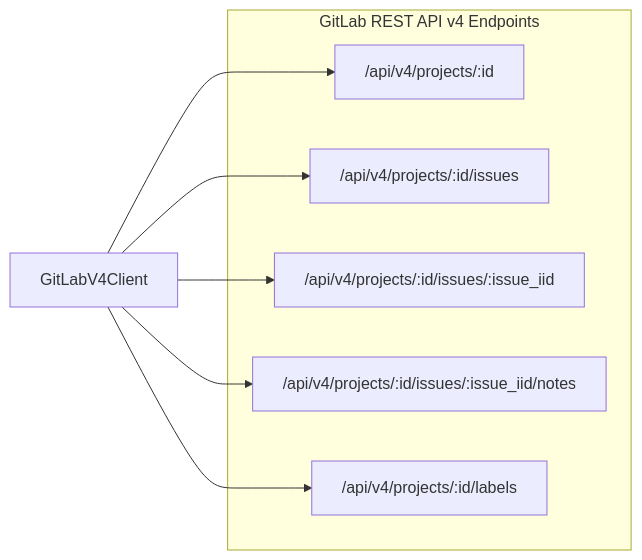
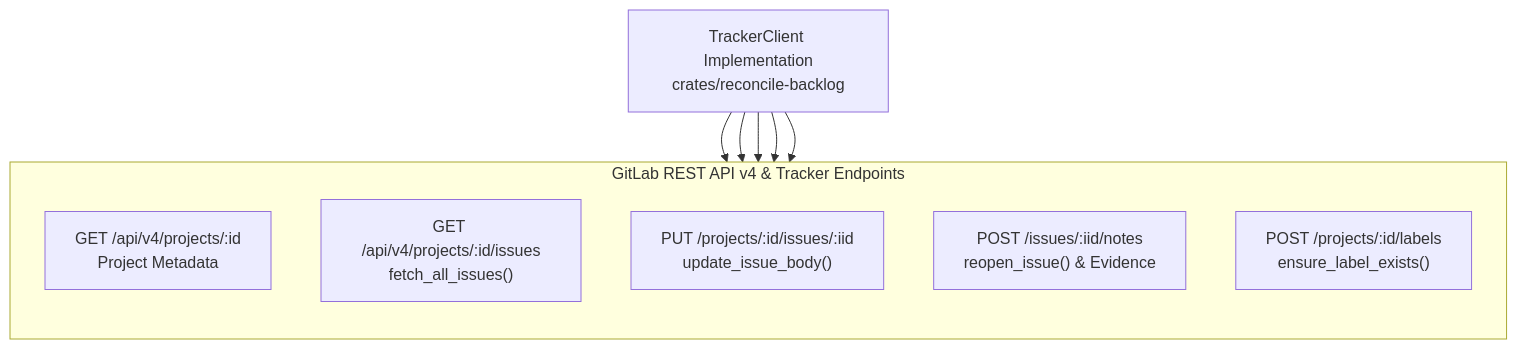
The sixth of 19 diagrams in docs/architecture/blueprints/MULTI_PROVIDER_GITLAB_INFRASTRUCTURE_ARCHITECTURE.md (gintatkinson/DEAP01-spec-core), drawn with Mermaid before and after one commit. The commit also changed other lines of this file and 28 other files, not shown here.

````diff
--- a/docs/architecture/blueprints/MULTI_PROVIDER_GITLAB_INFRASTRUCTURE_ARCHITECTURE.md
+++ b/docs/architecture/blueprints/MULTI_PROVIDER_GITLAB_INFRASTRUCTURE_ARCHITECTURE.md
@@ -535,16 +490,17 @@
 ```mermaid
-graph LR
-    subgraph GitLab_API_v4 ["GitLab REST API v4 Endpoints"]
-        P_Proj["/api/v4/projects/:id"]
-        P_Issues["/api/v4/projects/:id/issues"]
-        P_Issue_IID["/api/v4/projects/:id/issues/:issue_iid"]
-        P_Notes["/api/v4/projects/:id/issues/:issue_iid/notes"]
-        P_Labels["/api/v4/projects/:id/labels"]
+flowchart TD
+    subgraph GitLab_API_v4 ["GitLab REST API v4 & Tracker Endpoints"]
+        direction TB
+        P_Proj["GET /api/v4/projects/:id<br/>Project Metadata"]
+        P_Issues["GET /api/v4/projects/:id/issues<br/>fetch_all_issues()"]
+        P_Issue_IID["PUT /projects/:id/issues/:iid<br/>update_issue_body()"]
+        P_Notes["POST /issues/:iid/notes<br/>reopen_issue() & Evidence"]
+        P_Labels["POST /projects/:id/labels<br/>ensure_label_exists()"]
     end
 
-    Client["GitLabV4Client"] --> P_Proj
+    Client["TrackerClient Implementation<br/>crates/reconcile-backlog"] --> P_Proj
     Client --> P_Issues
     Client --> P_Issue_IID
     Client --> P_Notes
     Client --> P_Labels
 ```
````
